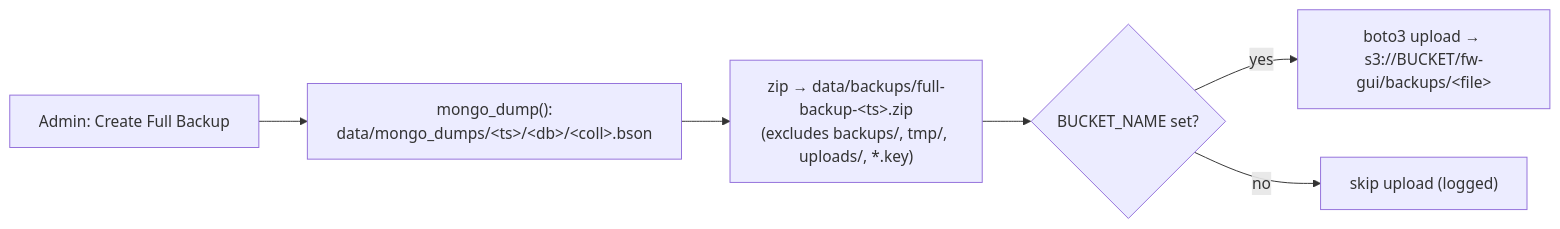
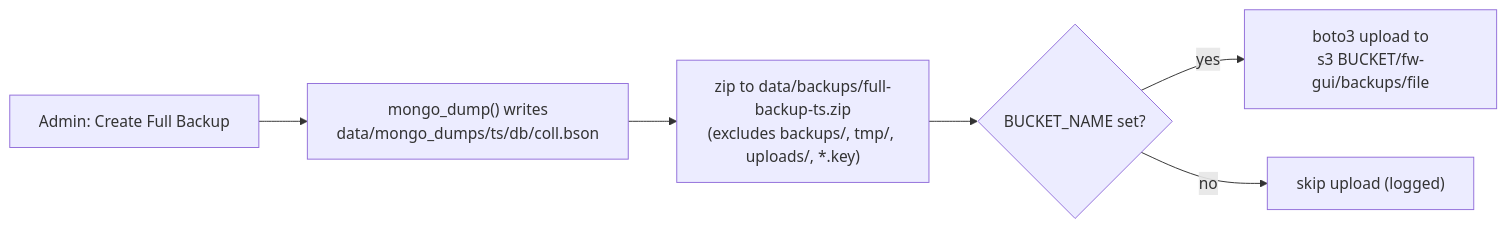
Before and after one commit to ibehren1/fw-gui: the seventh of 8 diagrams in docs/data-architecture.md, drawn with Mermaid. The commit also changed other lines of this file and 1 other file, not shown here.

First line of the commit message:
docs: harden mermaid diagrams for GitHub rendering

````diff
--- a/docs/data-architecture.md
+++ b/docs/data-architecture.md
@@ -284,8 +284,8 @@
 ```mermaid
 flowchart LR
-    A["Admin: Create Full Backup"] --> MD["mongo_dump():<br/>data/mongo_dumps/&lt;ts&gt;/&lt;db&gt;/&lt;coll&gt;.bson"]
-    MD --> Z["zip → data/backups/full-backup-&lt;ts&gt;.zip<br/>(excludes backups/, tmp/, uploads/, *.key)"]
+    A["Admin: Create Full Backup"] --> MD["mongo_dump() writes<br/>data/mongo_dumps/ts/db/coll.bson"]
+    MD --> Z["zip to data/backups/full-backup-ts.zip<br/>(excludes backups/, tmp/, uploads/, *.key)"]
     Z --> U{"BUCKET_NAME set?"}
-    U -->|yes| S3["boto3 upload → s3://BUCKET/fw-gui/backups/&lt;file&gt;"]
+    U -->|yes| S3["boto3 upload to<br/>s3 BUCKET/fw-gui/backups/file"]
     U -->|no| Skip["skip upload (logged)"]
 ```
````
